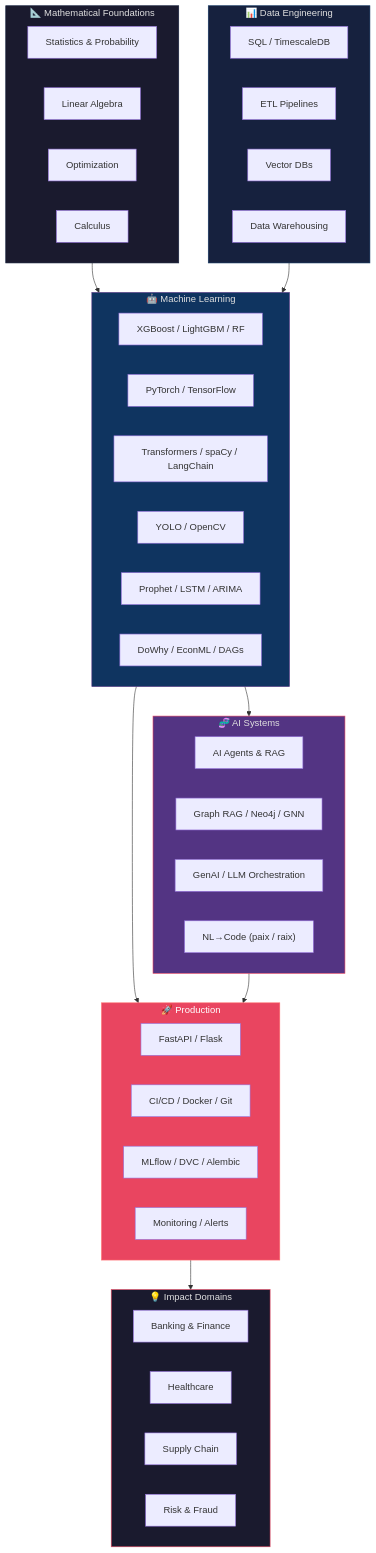
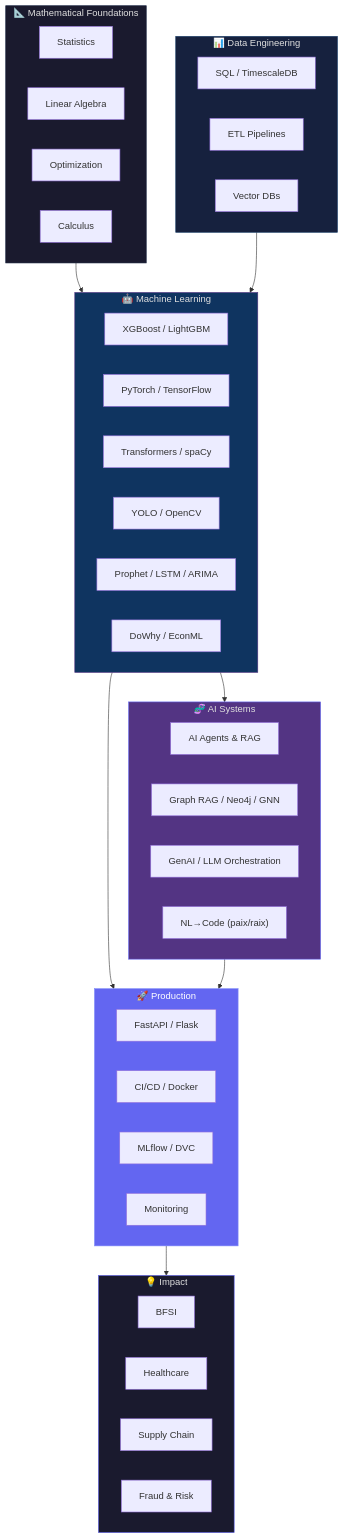
One commit to twomathematicians-code/twomathematicians-code changed the diagram in README.md. Above: the diagram before and after it, drawn with Mermaid. The commit also changed other lines of this file, not shown here.

````diff
--- a/README.md
+++ b/README.md
@@ -26,60 +36,65 @@
 ```mermaid
 flowchart TB
     subgraph FOUNDATIONS["📐 Mathematical Foundations"]
-        STAT["Statistics & Probability"]
+        direction LR
+        STAT["Statistics"]
         LA["Linear Algebra"]
         OPT["Optimization"]
         CALC["Calculus"]
     end
 
     subgraph DATA["📊 Data Engineering"]
+        direction LR
         SQL["SQL / TimescaleDB"]
         PIPES["ETL Pipelines"]
         VECTOR["Vector DBs"]
-        WAREHOUSE["Data Warehousing"]
     end
 
     subgraph ML["🤖 Machine Learning"]
-        CLASSIC["XGBoost / LightGBM / RF"]
+        direction LR
+        CLASSIC["XGBoost / LightGBM"]
         DL["PyTorch / TensorFlow"]
-        NLP["Transformers / spaCy / LangChain"]
+        NLP["Transformers / spaCy"]
         CV["YOLO / OpenCV"]
         TS["Prophet / LSTM / ARIMA"]
-        CAUSAL["DoWhy / EconML / DAGs"]
+        CAUSAL["DoWhy / EconML"]
     end
 
     subgraph AI["🧬 AI Systems"]
+        direction LR
         AGENT["AI Agents & RAG"]
         GRAPH["Graph RAG / Neo4j / GNN"]
         GENAI["GenAI / LLM Orchestration"]
-        CODEGEN["NL→Code (paix / raix)"]
+        CODEGEN["NL→Code (paix/raix)"]
     end
 
     subgraph PROD["🚀 Production"]
+        direction LR
         API["FastAPI / Flask"]
-        CICD["CI/CD / Docker / Git"]
-        MLOPS["MLflow / DVC / Alembic"]
-        MONITOR["Monitoring / Alerts"]
+        CICD["CI/CD / Docker"]
+        MLOPS["MLflow / DVC"]
+        MONITOR["Monitoring"]
     end
 
-    subgraph IMPACT["💡 Impact Domains"]
-        FSI["Banking & Finance"]
+    subgraph IMPACT["💡 Impact"]
+        direction LR
+        FSI["BFSI"]
         HEALTH["Healthcare"]
         SUPPLY["Supply Chain"]
-        RISK["Risk & Fraud"]
+        RISK["Fraud & Risk"]
     end
 
     FOUNDATIONS --> ML
     DATA --> ML
     ML --> AI
     ML --> PROD
     AI --> PROD
     PROD --> IMPACT
 
     style FOUNDATIONS fill:#1a1a2e,stroke:#16213e,color:#e0e0e0
     style DATA fill:#16213e,stroke:#0f3460,color:#e0e0e0
     style ML fill:#0f3460,stroke:#533483,color:#e0e0e0
-    style AI fill:#533483,stroke:#e94560,color:#e0e0e0
-    style PROD fill:#e94560,stroke:#ff6b6b,color:#fff
-    style IMPACT fill:#1a1a2e,stroke:#e94560,color:#e0e0e0
+    style AI fill:#533483,stroke:#6366F1,color:#e0e0e0
+    style PROD fill:#6366F1,stroke:#818cf8,color:#fff
+    style IMPACT fill:#1a1a2e,stroke:#6366F1,color:#e0e0e0
 ```
````
